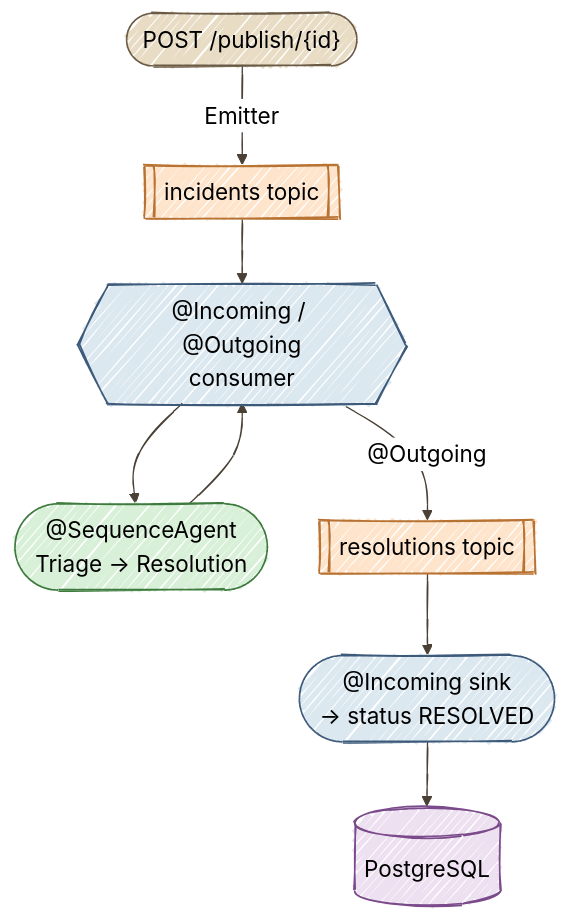
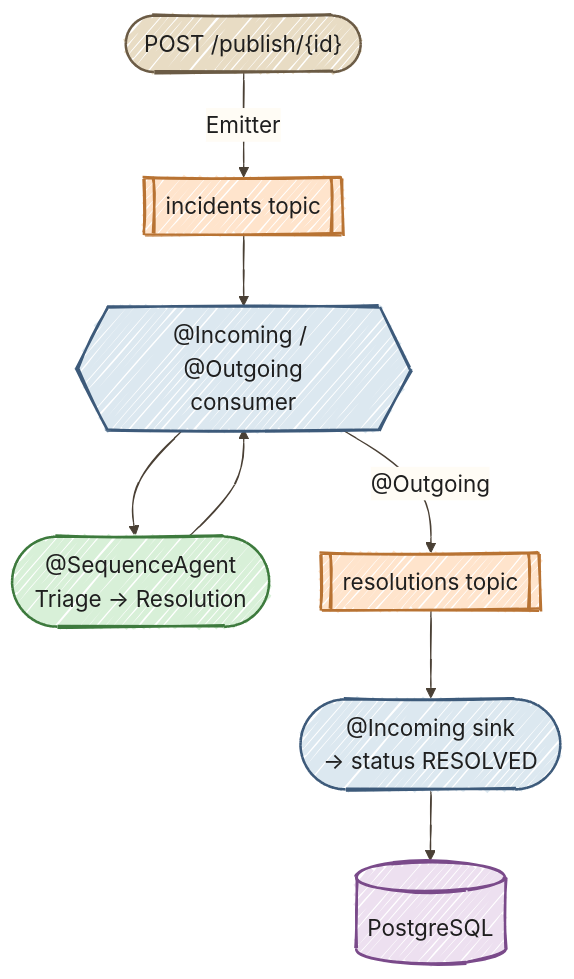
Before and after one commit to danieloh30/agentic-ai-java-workshop: the diagram in docs/12-event-driven/START_HERE.md, drawn with Mermaid. The commit also changed 11 other files, not shown here.

Commit message:
Improve hand-drawn Mermaid readability in light and dark modes

````diff
--- a/docs/12-event-driven/START_HERE.md
+++ b/docs/12-event-driven/START_HERE.md
@@ -43,27 +43,27 @@
 ```mermaid
-%%{init: {'look':'handDrawn','theme':'neutral','themeVariables': {'lineColor':'#4A4035','fontSize':'18px'},'flowchart': {'nodeSpacing':40,'rankSpacing':50,'useMaxWidth':false}}}%%
+%%{init: {'look':'handDrawn','theme':'base','themeVariables': {'darkMode':false,'background':'#FFFCF5','primaryTextColor':'#1F1F1F','secondaryTextColor':'#1F1F1F','tertiaryTextColor':'#1F1F1F','textColor':'#1F1F1F','lineColor':'#4A4035','edgeLabelBackground':'#FFFCF5','clusterBkg':'#F5F5F0','clusterBorder':'#6B5B45','fontSize':'18px'},'flowchart': {'nodeSpacing':40,'rankSpacing':55,'useMaxWidth':false,'padding':18}}}%%
 flowchart TB
     API(["POST /publish/#123;id#125;"])
     T1[["incidents topic"]]
     CONS{{"@Incoming / @Outgoing<br/>consumer"}}
     SEQ(["@SequenceAgent<br/>Triage → Resolution"])
     T2[["resolutions topic"]]
     SINK(["@Incoming sink<br/>→ status RESOLVED"])
     DB[("PostgreSQL")]
 
     API -->|Emitter| T1
     T1 --> CONS
     CONS --> SEQ
     SEQ --> CONS
     CONS -->|"@Outgoing"| T2
     T2 --> SINK
     SINK --> DB
 
-    style API fill:#E8DCC4,stroke:#6B5B45
-    style T1 fill:#FFE4CC,stroke:#B87333
-    style T2 fill:#FFE4CC,stroke:#B87333
-    style CONS fill:#DCE8F0,stroke:#3D5A7A
-    style SEQ fill:#D8F0D8,stroke:#3D7A3D
-    style SINK fill:#DCE8F0,stroke:#3D5A7A
-    style DB fill:#EDE0F0,stroke:#7A4A8A
+    style API fill:#E8DCC4,stroke:#6B5B45,color:#1F1F1F,stroke-width:2px
+    style T1 fill:#FFE4CC,stroke:#B87333,color:#1F1F1F,stroke-width:2px
+    style T2 fill:#FFE4CC,stroke:#B87333,color:#1F1F1F,stroke-width:2px
+    style CONS fill:#DCE8F0,stroke:#3D5A7A,color:#1F1F1F,stroke-width:2px
+    style SEQ fill:#D8F0D8,stroke:#3D7A3D,color:#1F1F1F,stroke-width:2px
+    style SINK fill:#DCE8F0,stroke:#3D5A7A,color:#1F1F1F,stroke-width:2px
+    style DB fill:#EDE0F0,stroke:#7A4A8A,color:#1F1F1F,stroke-width:2px
 ```
````
